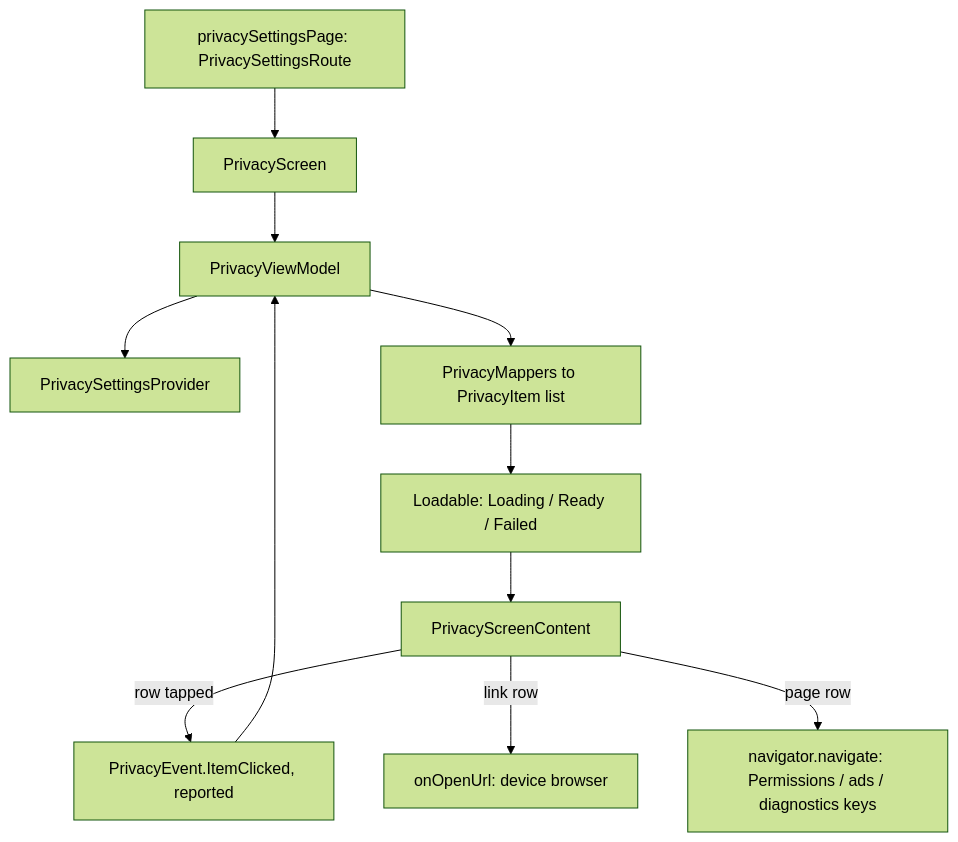
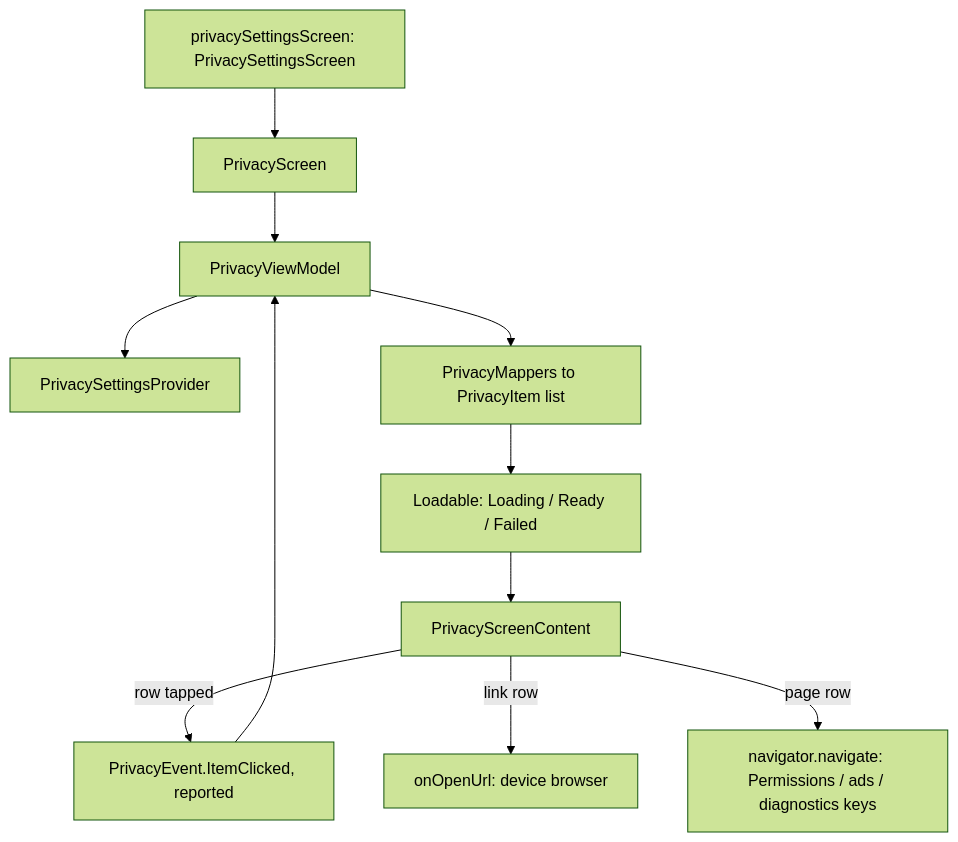
One commit to MihaiCristianCondrea/App-Toolkit-for-Android changed the diagram in library/feature/privacy/README.md. Above: the diagram before and after it, drawn with Mermaid (forest theme). The commit also changed other lines of this file and 125 other files, not shown here.

````diff
--- a/library/feature/privacy/README.md
+++ b/library/feature/privacy/README.md
@@ -47,13 +47,13 @@
 ```mermaid
 flowchart TD
-    Page[privacySettingsPage: PrivacySettingsRoute] --> Screen[PrivacyScreen]
+    Page[privacySettingsScreen: PrivacySettingsScreen] --> Screen[PrivacyScreen]
     Screen --> VM[PrivacyViewModel]
     VM --> Provider[PrivacySettingsProvider]
     VM --> Mapper[PrivacyMappers to PrivacyItem list]
     Mapper --> State[Loadable: Loading / Ready / Failed]
     State --> Content[PrivacyScreenContent]
     Content -->|row tapped| Click[PrivacyEvent.ItemClicked, reported]
     Click --> VM
     Content -->|link row| OpenUrl[onOpenUrl: device browser]
     Content -->|page row| Navigate[navigator.navigate: Permissions / ads / diagnostics keys]
 ```
````
